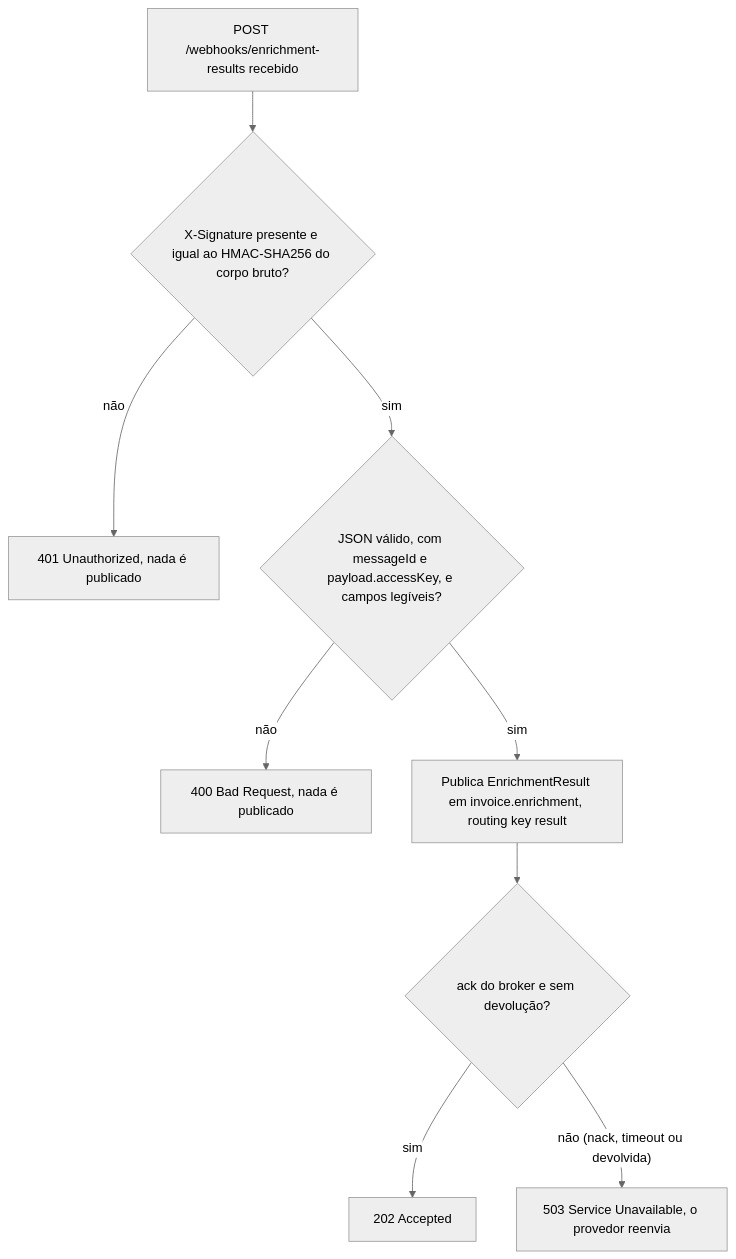
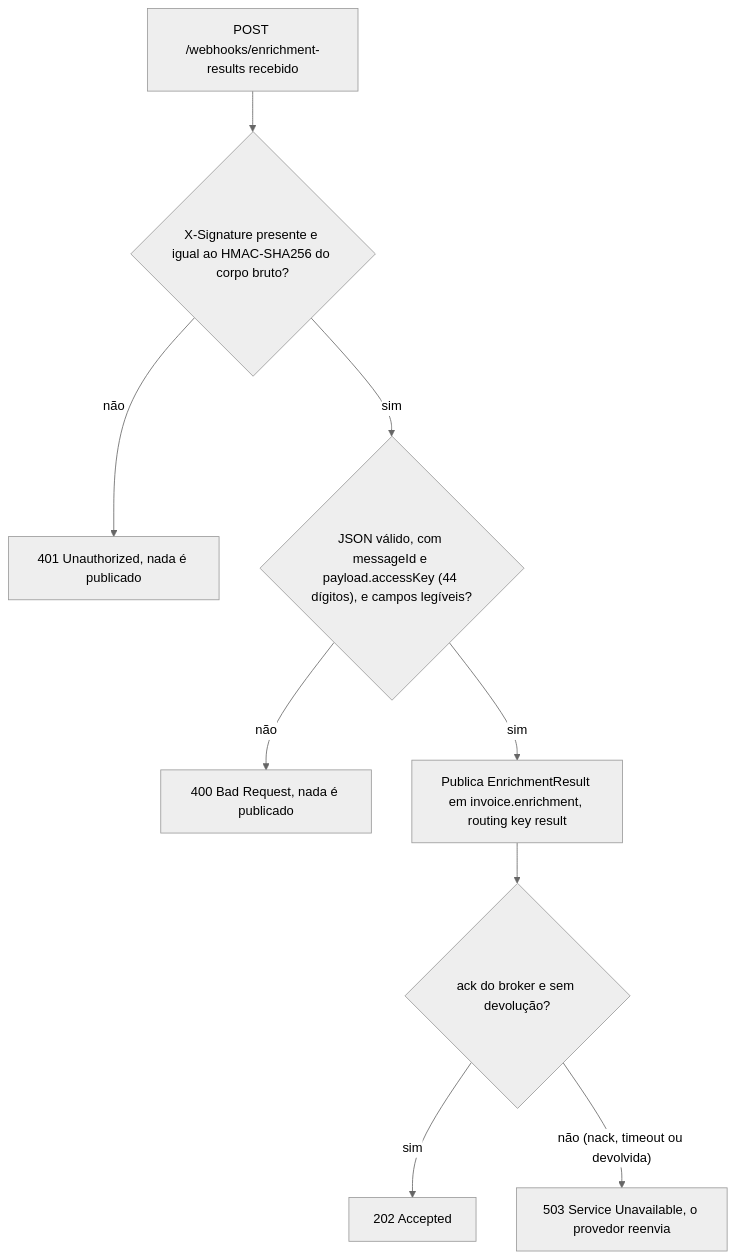
Before and after one commit to Matheus-Bezerra/invoice-processing-pipeline: the fifth of 9 diagrams in docs/flow.md, drawn with Mermaid (neutral theme). The commit also changed 4 other files, not shown here.

````diff
--- a/docs/flow.md
+++ b/docs/flow.md
@@ -177,11 +177,11 @@
 ```mermaid
 flowchart TD
     A["POST /webhooks/enrichment-results recebido"] --> B{"X-Signature presente e igual ao HMAC-SHA256 do corpo bruto?"}
     B -- "não" --> R401["401 Unauthorized, nada é publicado"]
-    B -- "sim" --> C{"JSON válido, com messageId e payload.accessKey, e campos legíveis?"}
+    B -- "sim" --> C{"JSON válido, com messageId e payload.accessKey (44 dígitos), e campos legíveis?"}
     C -- "não" --> R400["400 Bad Request, nada é publicado"]
     C -- "sim" --> D["Publica EnrichmentResult em invoice.enrichment, routing key result"]
     D --> E{"ack do broker e sem devolução?"}
     E -- "sim" --> R202["202 Accepted"]
     E -- "não (nack, timeout ou devolvida)" --> R503["503 Service Unavailable, o provedor reenvia"]
 ```
````
